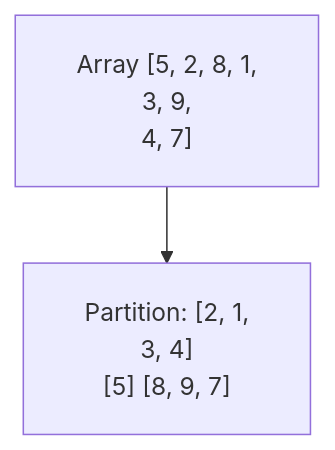
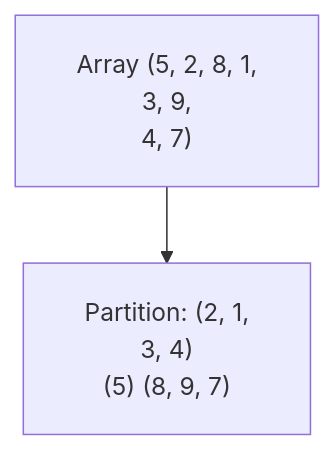
The diagram in week_03_foundations_iii_sorting_and_hashing/WEEK_03_FULL_PLAYBOOK.md (dip4k/DSA_102), drawn with Mermaid before and after one commit. The commit also changed 147 other files, not shown here.

First line of the commit message:
feat(curriculum): enrich Weeks 01-19 instructional modules & resolve repository-wide Mermaid cutoff

````diff
--- a/week_03_foundations_iii_sorting_and_hashing/WEEK_03_FULL_PLAYBOOK.md
+++ b/week_03_foundations_iii_sorting_and_hashing/WEEK_03_FULL_PLAYBOOK.md
@@ -470,6 +470,6 @@
 ```mermaid
 %%{init: {"flowchart": {"htmlLabels": true, "padding": 20}, "themeCSS": "foreignObject { overflow: visible !important; }"}}%%
 flowchart TD
-    R["Array [5, 2, 8, 1,<br/>3, 9,<br/>4, 7]"]
-    R --> N1["Partition: [2, 1,<br/>3, 4]<br/>[5] [8, 9, 7]"]
+    R["Array (5, 2, 8, 1,<br/>3, 9,<br/>4, 7)"]
+    R --> N1["Partition: (2, 1,<br/>3, 4)<br/>(5) (8, 9, 7)"]
 ```
````
